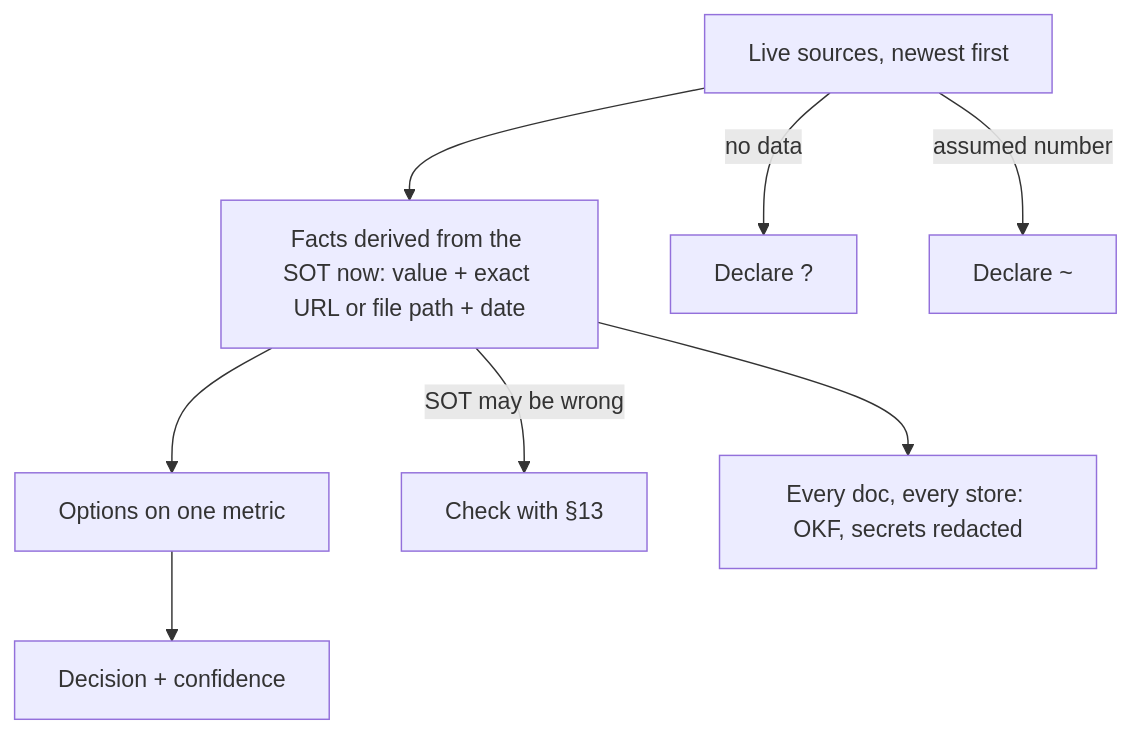
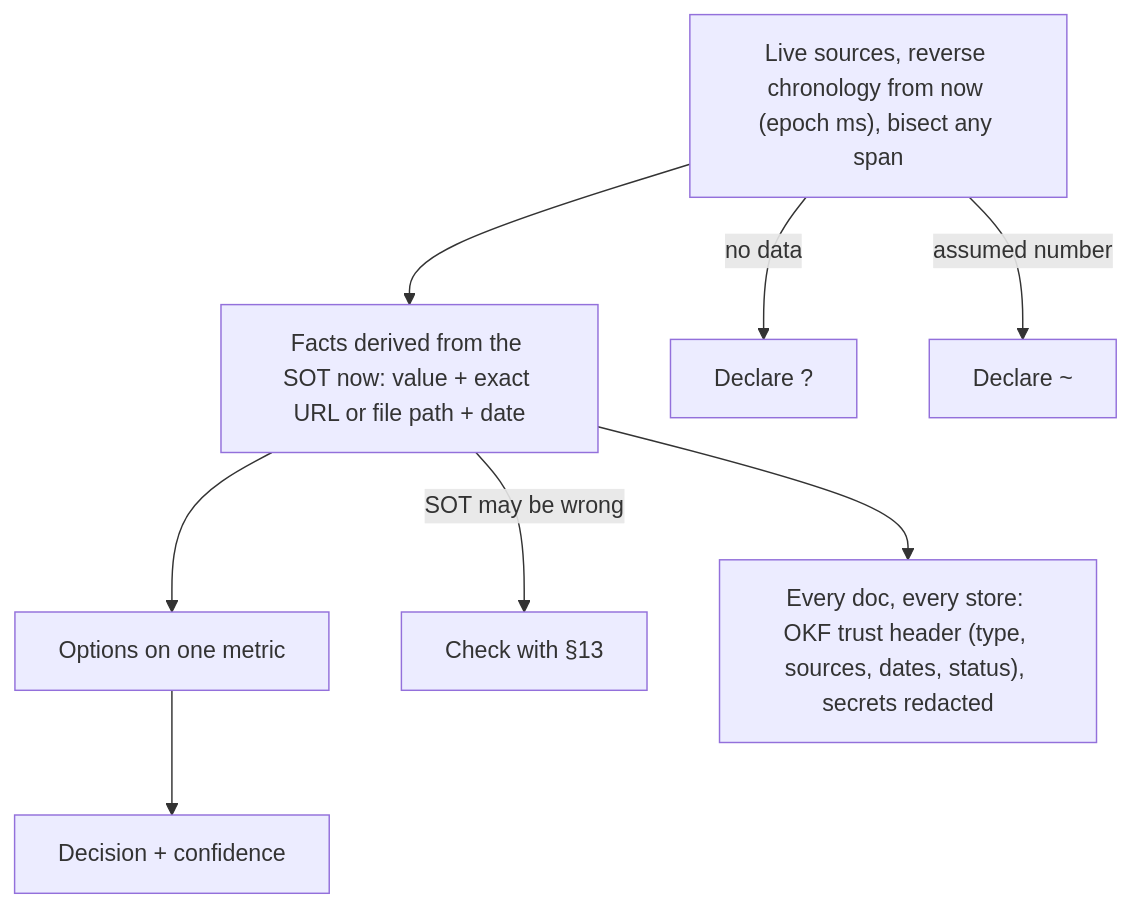
One commit to SolenixAI/arbiter changed the sixth of 14 diagrams in AGENTS.md. Above: the diagram before and after it, drawn with Mermaid. The commit also changed other lines of this file, not shown here.

First line of the commit message:
docs(agents): reverse chronology from now; OKF trust framework; score when choosing (#17)

````diff
--- a/AGENTS.md
+++ b/AGENTS.md
@@ -255,9 +256,9 @@
 ```mermaid
 flowchart TD
-  D[Live sources, newest first] --> E[Facts derived from the SOT now: value + exact URL or file path + date]
+  D["Live sources, reverse chronology from now (epoch ms), bisect any span"] --> E[Facts derived from the SOT now: value + exact URL or file path + date]
   E --> O[Options on one metric] --> C[Decision + confidence]
   D -->|no data| U["Declare ?"]
   D -->|assumed number| U2["Declare ~"]
   E -->|SOT may be wrong| S13[Check with §13]
-  E --> K[Every doc, every store: OKF, secrets redacted]
+  E --> K["Every doc, every store: OKF trust header (type, sources, dates, status), secrets redacted"]
 ```
````
